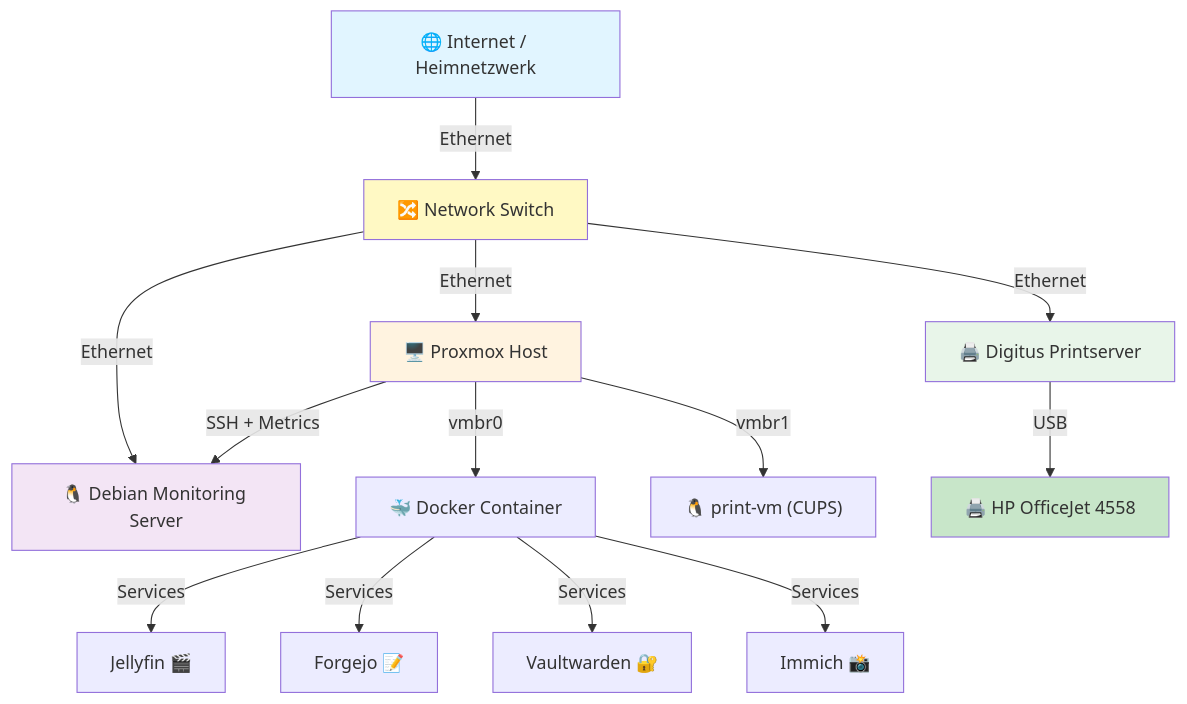
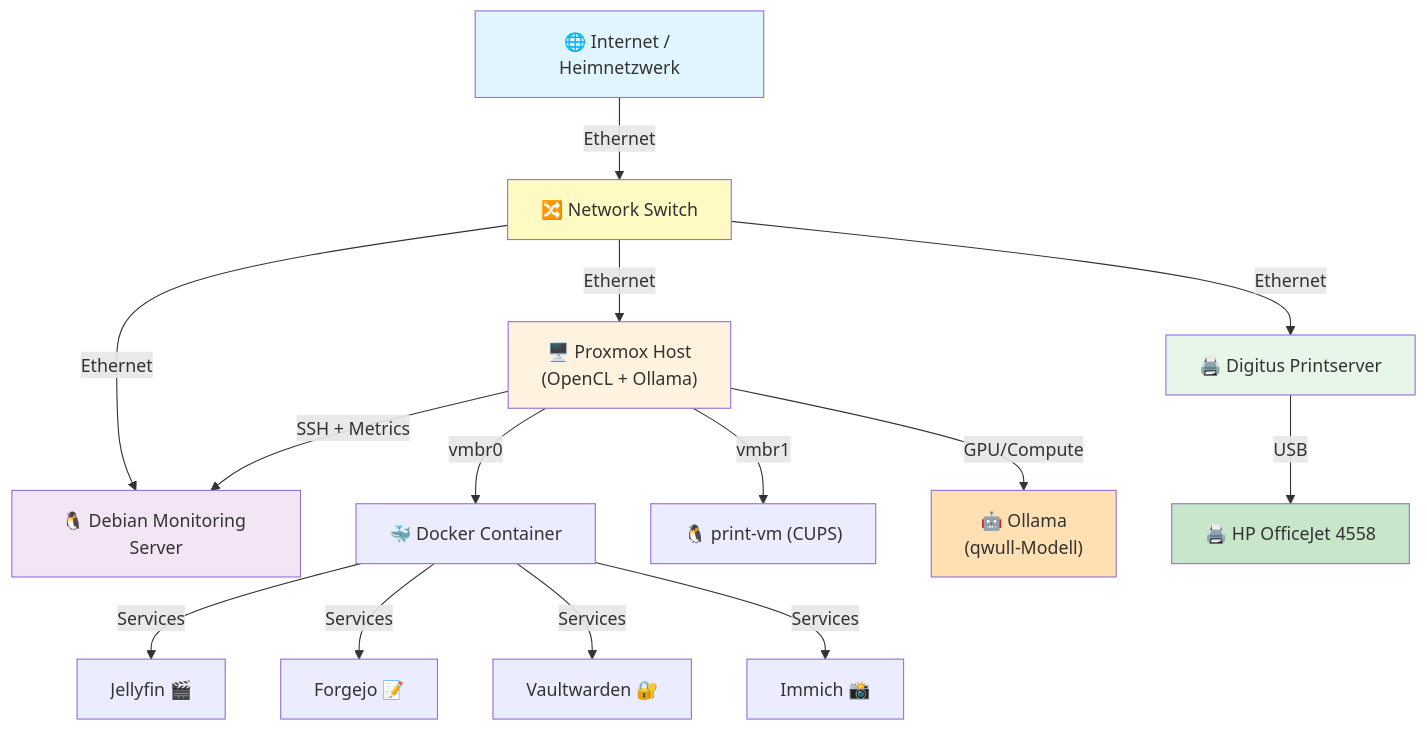
One commit to Hoinkkoma/homlap- changed the diagram in README.md. Above: the diagram before and after it, drawn with Mermaid. The commit also changed other lines of this file, not shown here.

Commit message:
Hinzufügen: OpenCL und Ollama qwull-Modell auf Proxmox

````diff
--- a/README.md
+++ b/README.md
@@ -140,29 +142,31 @@
 ```mermaid
 graph TD
     WAN["🌐 Internet / Heimnetzwerk"]
     SW["🔀 Network Switch"]
     
     WAN -->|Ethernet| SW
     
-    SW -->|Ethernet| PROX["🖥️ Proxmox Host"]
+    SW -->|Ethernet| PROX["🖥️ Proxmox Host<br/>(OpenCL + Ollama)"]
     SW -->|Ethernet| DEB["🐧 Debian Monitoring Server"]
     SW -->|Ethernet| DIGI["🖨️ Digitus Printserver"]
     
     PROX -->|SSH + Metrics| DEB
     PROX -->|vmbr0| DOCKER["🐳 Docker Container"]
     PROX -->|vmbr1| PRINT_VM["🐧 print-vm (CUPS)"]
+    PROX -->|GPU/Compute| OLLAMA["🤖 Ollama<br/>(qwull-Modell)"]
     
     DOCKER -->|Services| JELLY["Jellyfin 🎬"]
     DOCKER -->|Services| FORGE["Forgejo 📝"]
     DOCKER -->|Services| VAULT["Vaultwarden 🔐"]
     DOCKER -->|Services| IMMICH["Immich 📸"]
     
     DIGI -->|USB| HP["🖨️ HP OfficeJet 4558"]
     
     style WAN fill:#e1f5ff
     style SW fill:#fff9c4
     style PROX fill:#fff3e0
     style DEB fill:#f3e5f5
     style DIGI fill:#e8f5e9
     style HP fill:#c8e6c9
+    style OLLAMA fill:#ffe0b2
 ```
````
